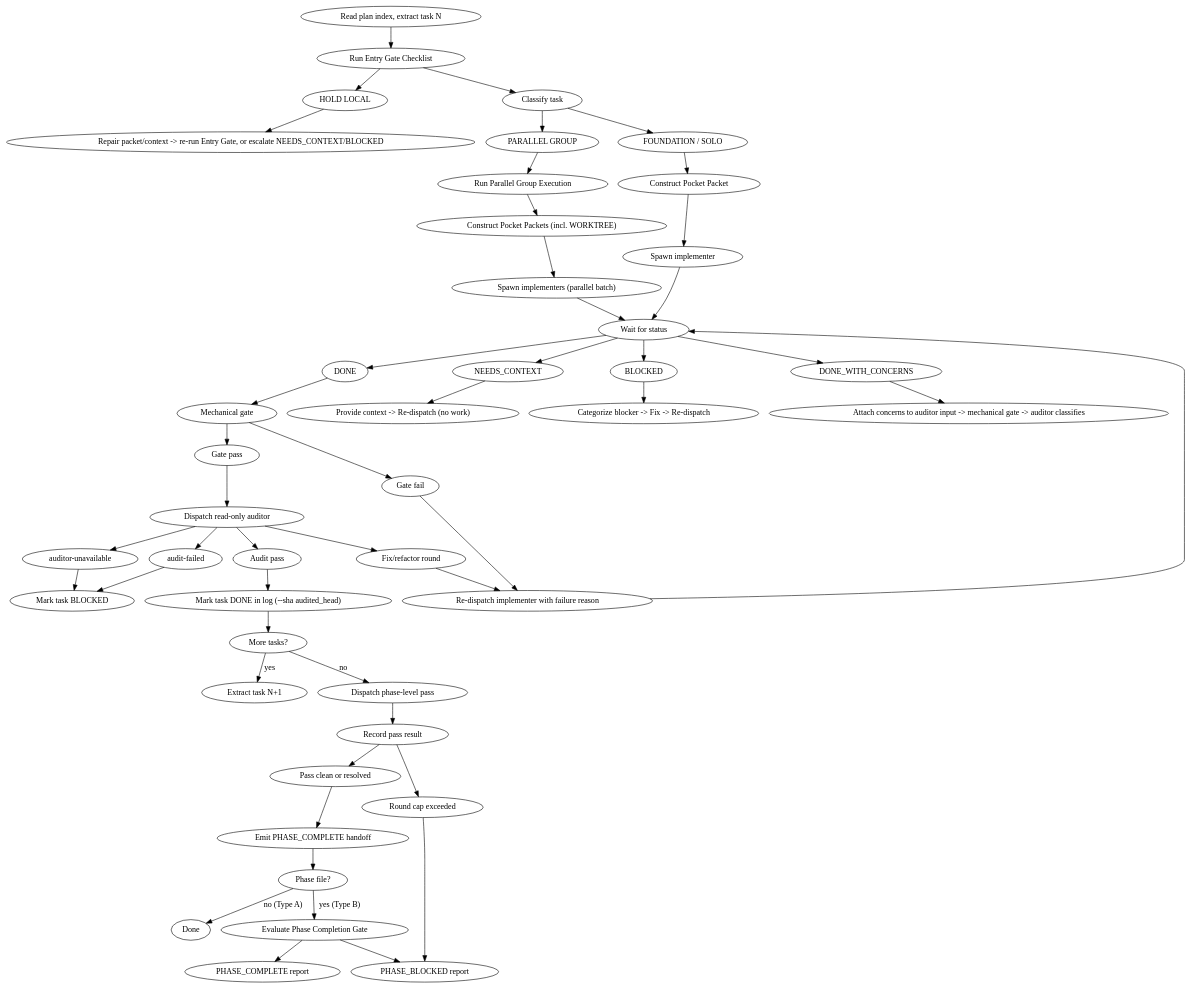
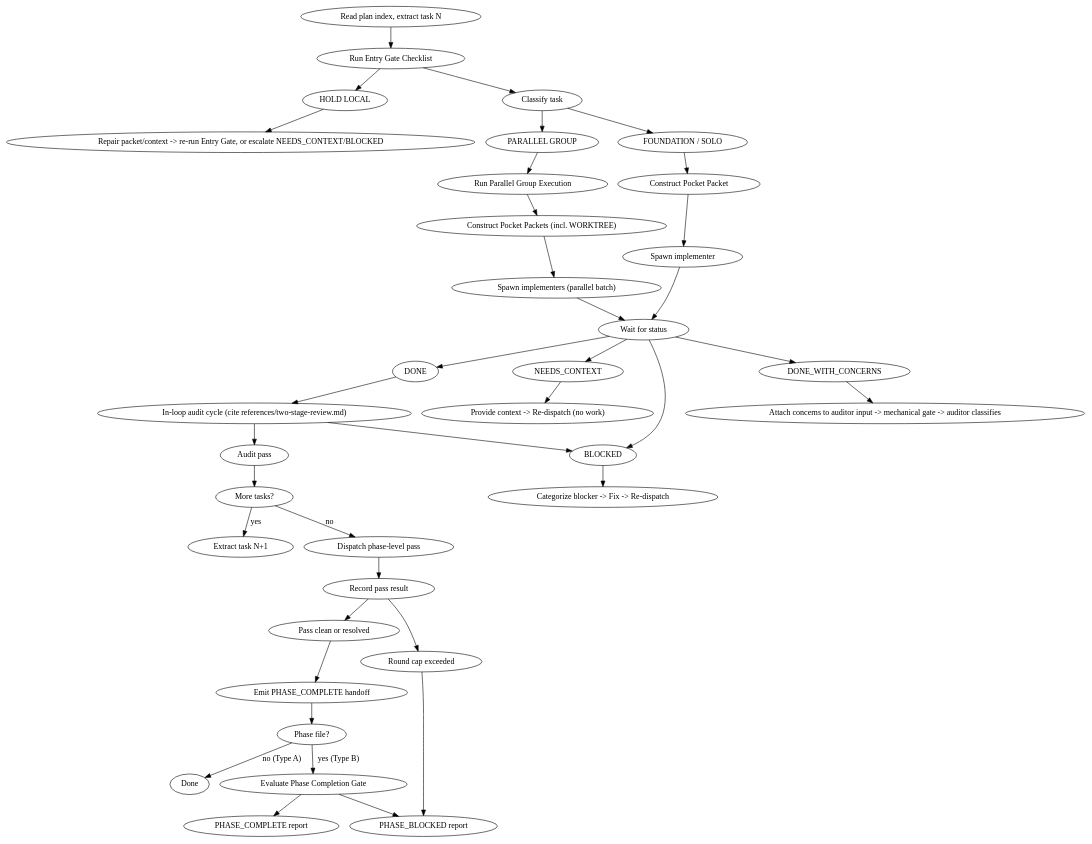
Before and after one commit to rfxlamia/pocketto: the diagram in skills/pocket-development/SKILL.md, drawn with Graphviz. The commit also changed other lines of this file and 14 other files, not shown here.

First line of the commit message:
fix(skills): de-duplicate normative contracts, cite references (#48)

````diff
--- a/skills/pocket-development/SKILL.md
+++ b/skills/pocket-development/SKILL.md
@@ -331,46 +333,38 @@
 ```dot
 digraph pocket_process {
     rankdir=TB;
 
     "Read plan index, extract task N" -> "Run Entry Gate Checklist";
     "Run Entry Gate Checklist" -> { "HOLD LOCAL" "Classify task" };
     "Classify task" -> { "FOUNDATION / SOLO" "PARALLEL GROUP" };
     "FOUNDATION / SOLO" -> "Construct Pocket Packet";
     "PARALLEL GROUP" -> "Run Parallel Group Execution";
     "Run Parallel Group Execution" -> "Construct Pocket Packets (incl. WORKTREE)";
     "Construct Pocket Packets (incl. WORKTREE)" -> "Spawn implementers (parallel batch)";
     "Spawn implementers (parallel batch)" -> "Wait for status";
     "HOLD LOCAL" -> "Repair packet/context -> re-run Entry Gate, or escalate NEEDS_CONTEXT/BLOCKED";
     "Construct Pocket Packet" -> "Spawn implementer";
     "Spawn implementer" -> "Wait for status";
 
     "Wait for status" -> { "DONE" "NEEDS_CONTEXT" "BLOCKED" "DONE_WITH_CONCERNS" };
 
-    "DONE" -> "Mechanical gate";
-    "Mechanical gate" -> { "Gate pass" "Gate fail" };
-    "Gate fail" -> "Re-dispatch implementer with failure reason";
-    "Re-dispatch implementer with failure reason" -> "Wait for status";
-    "Gate pass" -> "Dispatch read-only auditor";
-    "Dispatch read-only auditor" -> { "Audit pass" "Fix/refactor round" "audit-failed" "auditor-unavailable" };
-    "Fix/refactor round" -> "Re-dispatch implementer with failure reason";
-    "Audit pass" -> "Mark task DONE in log (--sha audited_head)";
-    "audit-failed" -> "Mark task BLOCKED";
-    "auditor-unavailable" -> "Mark task BLOCKED";
+    "DONE" -> "In-loop audit cycle (cite references/two-stage-review.md)";
+    "In-loop audit cycle (cite references/two-stage-review.md)" -> { "Audit pass" "BLOCKED" };
 
     "NEEDS_CONTEXT" -> "Provide context -> Re-dispatch (no work)";
     "BLOCKED" -> "Categorize blocker -> Fix -> Re-dispatch";
     "DONE_WITH_CONCERNS" -> "Attach concerns to auditor input -> mechanical gate -> auditor classifies";
 
-    "Mark task DONE in log (--sha audited_head)" -> "More tasks?";
+    "Audit pass" -> "More tasks?";
     "More tasks?" -> "Extract task N+1" [label="yes"];
     "More tasks?" -> "Dispatch phase-level pass" [label="no"];
     "Dispatch phase-level pass" -> "Record pass result";
     "Record pass result" -> { "Pass clean or resolved" "Round cap exceeded" };
     "Pass clean or resolved" -> "Emit PHASE_COMPLETE handoff";
     "Round cap exceeded" -> "PHASE_BLOCKED report";
     "Emit PHASE_COMPLETE handoff" -> "Phase file?";
     "Phase file?" -> "Evaluate Phase Completion Gate" [label="yes (Type B)"];
     "Phase file?" -> "Done" [label="no (Type A)"];
     "Evaluate Phase Completion Gate" -> { "PHASE_COMPLETE report" "PHASE_BLOCKED report" };
 }
 ```
````
